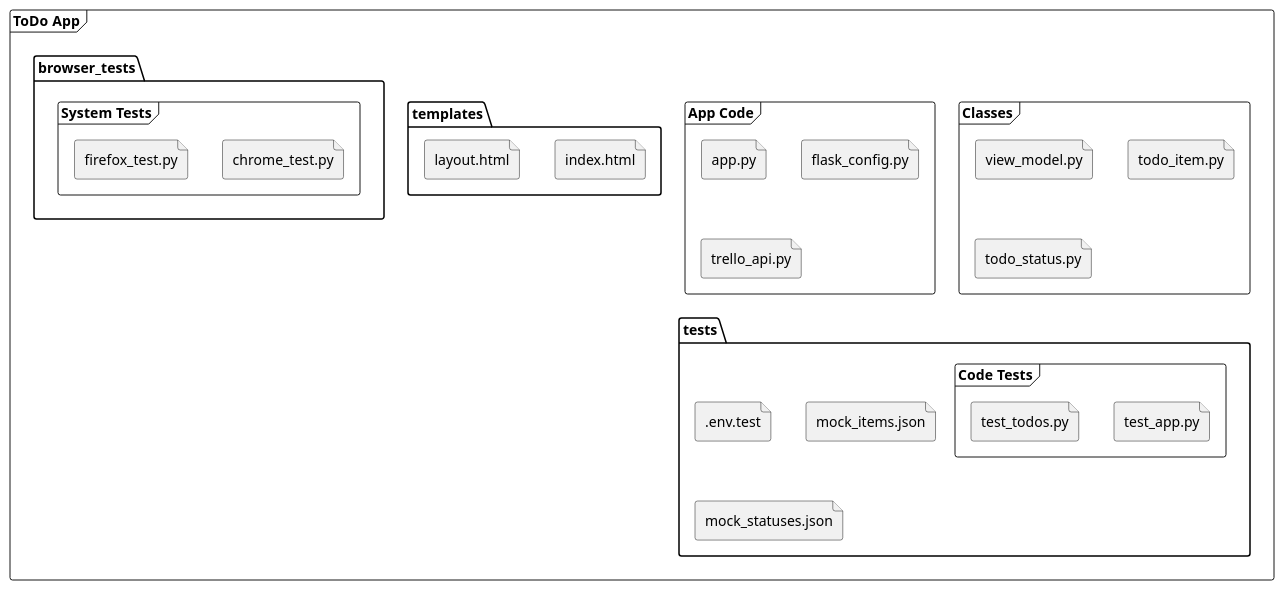
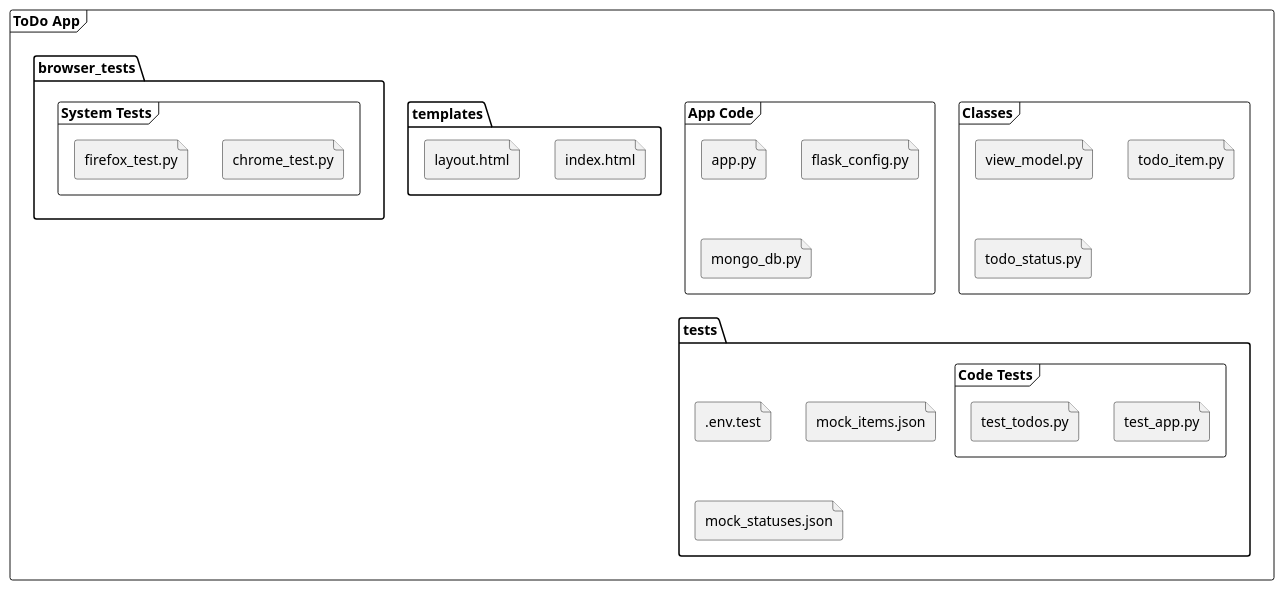
The diagram in Documentation/package_diagram.wsd (jaybee1971/DevOps-Course-Starter), drawn with PlantUML before and after one commit. The commit also changed 8 other files, not shown here.

```diff
--- a/Documentation/package_diagram.wsd
+++ b/Documentation/package_diagram.wsd
@@ -1,34 +1,34 @@
 @startuml "Package Diagram"
 skinparam packageStyle frame
     package "ToDo App" {
         package "Classes" {
             file "view_model.py"
             file "todo_item.py"
             file "todo_status.py"
         }
         package "App Code" {
             file "app.py"
             file "flask_config.py"
-            file "trello_api.py"
+            file "mongo_db.py"
         }
         folder "templates" {
             file "index.html"
             file "layout.html"
         }
         folder "tests" {
             package "Code Tests" {
                 file "test_app.py"
                 file "test_todos.py"
             }
             file ".env.test"
             file "mock_items.json"
             file "mock_statuses.json"
         }
         folder "browser_tests" {
             package "System Tests" {
                 file "chrome_test.py"
                 file "firefox_test.py"
             }
         }
     }
 @enduml
```
